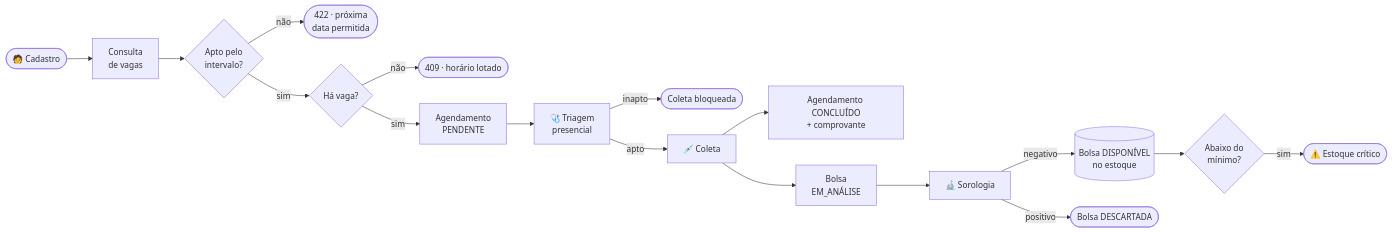
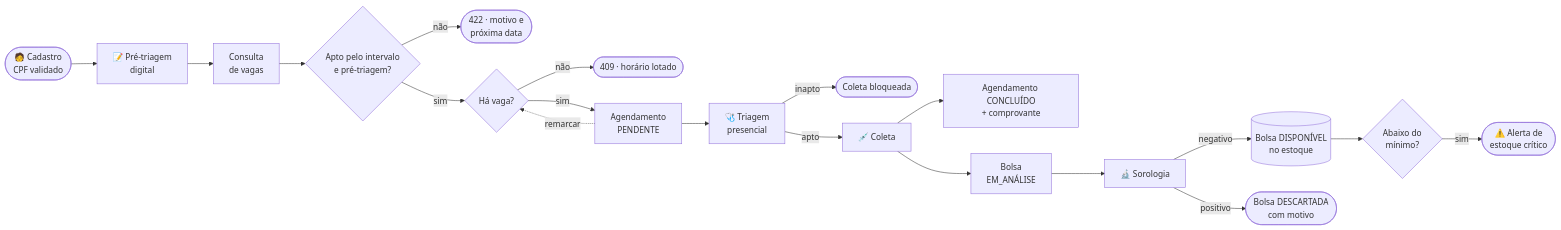
The first of 4 diagrams in README.md (marcelopinotti/hemonorte), drawn with Mermaid before and after one commit. The commit also changed other lines of this file and 1 other file, not shown here.

````diff
--- a/README.md
+++ b/README.md
@@ -54,19 +82,21 @@
 ```mermaid
 flowchart LR
-    A([🧑 Cadastro]) --> B[Consulta<br/>de vagas]
-    B --> C{Apto pelo<br/>intervalo?}
-    C -- não --> X1([422 · próxima<br/>data permitida])
+    A([🧑 Cadastro<br/>CPF validado]) --> P[📝 Pré-triagem<br/>digital]
+    P --> B[Consulta<br/>de vagas]
+    B --> C{Apto pelo intervalo<br/>e pré-triagem?}
+    C -- não --> X1([422 · motivo e<br/>próxima data])
     C -- sim --> D{Há vaga?}
     D -- não --> X2([409 · horário lotado])
     D -- sim --> E[Agendamento<br/>PENDENTE]
+    E -. remarcar .-> D
     E --> F[🩺 Triagem<br/>presencial]
     F -- inapto --> X3([Coleta bloqueada])
     F -- apto --> G[💉 Coleta]
     G --> H[Agendamento CONCLUÍDO<br/>+ comprovante]
     G --> I[Bolsa<br/>EM_ANÁLISE]
     I --> J[🔬 Sorologia]
     J -- negativo --> K[(Bolsa DISPONÍVEL<br/>no estoque)]
-    J -- positivo --> L([Bolsa DESCARTADA])
+    J -- positivo --> L([Bolsa DESCARTADA<br/>com motivo])
     K --> M{Abaixo do<br/>mínimo?}
-    M -- sim --> N([⚠️ Estoque crítico])
+    M -- sim --> N([⚠️ Alerta de<br/>estoque crítico])
 ```
````
